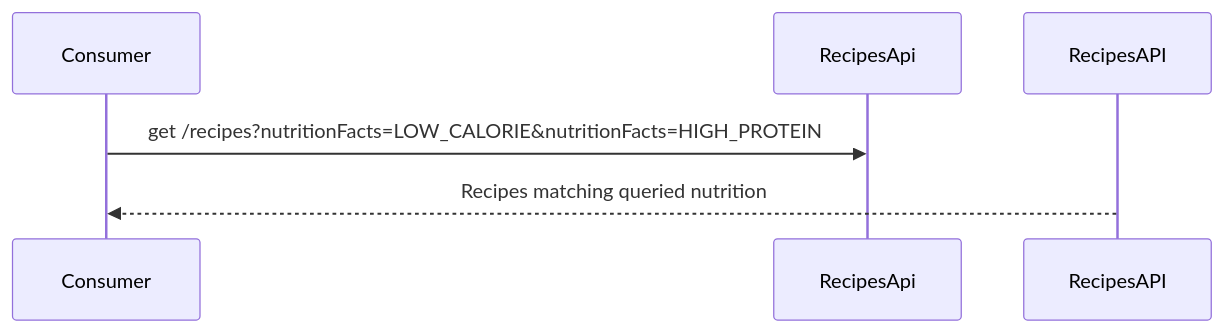
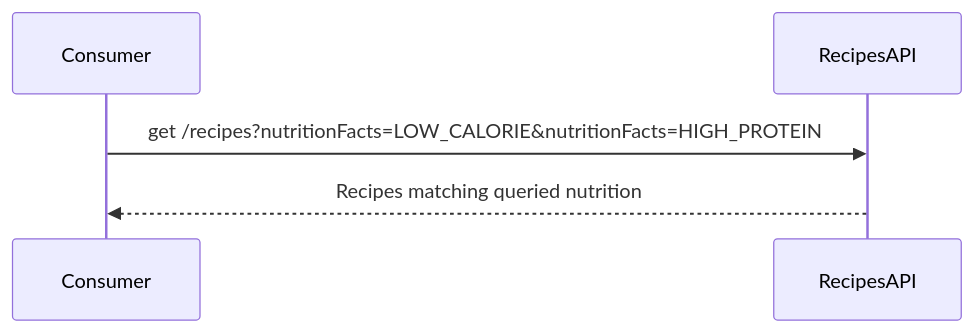
Before and after one commit to enisspahi/contract-first-api-example: the third of 3 diagrams in docs/hugo-docdock/content/introduction/use_cases.md, drawn with Mermaid. The commit also changed other lines of this file, not shown here.

```diff
--- a/docs/hugo-docdock/content/introduction/use_cases.md
+++ b/docs/hugo-docdock/content/introduction/use_cases.md
@@ -21,5 +21,5 @@
 {{< mermaid >}}
     sequenceDiagram
-        Consumer->>RecipesApi: get /recipes?nutritionFacts=LOW_CALORIE&nutritionFacts=HIGH_PROTEIN
+        Consumer->>RecipesAPI: get /recipes?nutritionFacts=LOW_CALORIE&nutritionFacts=HIGH_PROTEIN
         RecipesAPI-->>Consumer: Recipes matching queried nutrition
 {{< /mermaid >}}
```
